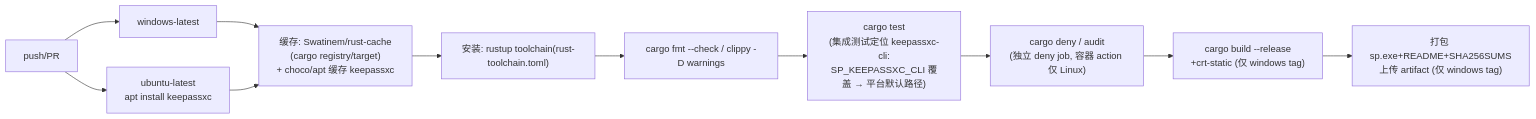
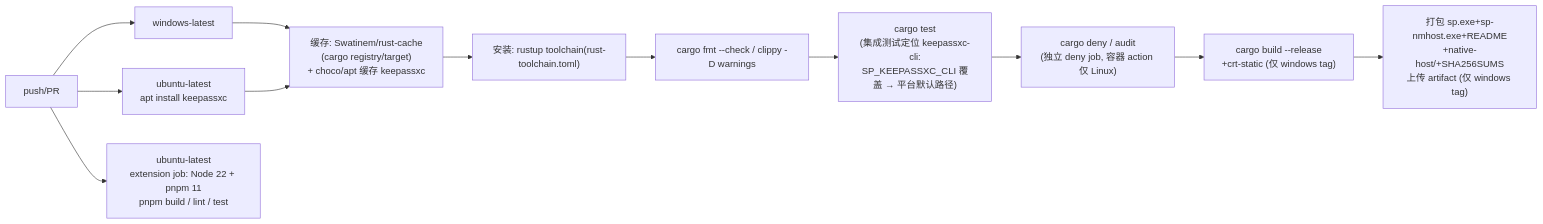
One commit to jxsword/SuperPasswdKey changed the third of 3 diagrams in design_docs/07_测试与CI.md. Above: the diagram before and after it, drawn with Mermaid. The commit also changed other lines of this file and 3 other files, not shown here.

````diff
--- a/design_docs/07_测试与CI.md
+++ b/design_docs/07_测试与CI.md
@@ -30,12 +30,13 @@
 ```mermaid
 flowchart LR
     PUSH[push/PR] --> JOB[windows-latest]
     PUSH --> LINUX[ubuntu-latest<br/>apt install keepassxc]
+    PUSH --> EXT["ubuntu-latest<br/>extension job: Node 22 + pnpm 11<br/>pnpm build / lint / test"]
     JOB & LINUX --> CACHE["缓存: Swatinem/rust-cache\n(cargo registry/target)\n+ choco/apt 缓存 keepassxc"]
     CACHE --> INST["安装: rustup toolchain(rust-toolchain.toml)"]
     INST --> LINT["cargo fmt --check / clippy -D warnings"]
     LINT --> TEST["cargo test\n(集成测试定位 keepassxc-cli:\nSP_KEEPASSXC_CLI 覆盖 → 平台默认路径)"]
     TEST --> SEC["cargo deny / audit\n(独立 deny job, 容器 action 仅 Linux)"]
     SEC --> BUILD["cargo build --release\n+crt-static (仅 windows tag)"]
-    BUILD --> PKG["打包 sp.exe+README+SHA256SUMS\n上传 artifact (仅 windows tag)"]
+    BUILD --> PKG["打包 sp.exe+sp-nmhost.exe+README\n+native-host/+SHA256SUMS\n上传 artifact (仅 windows tag)"]
 ```
````
